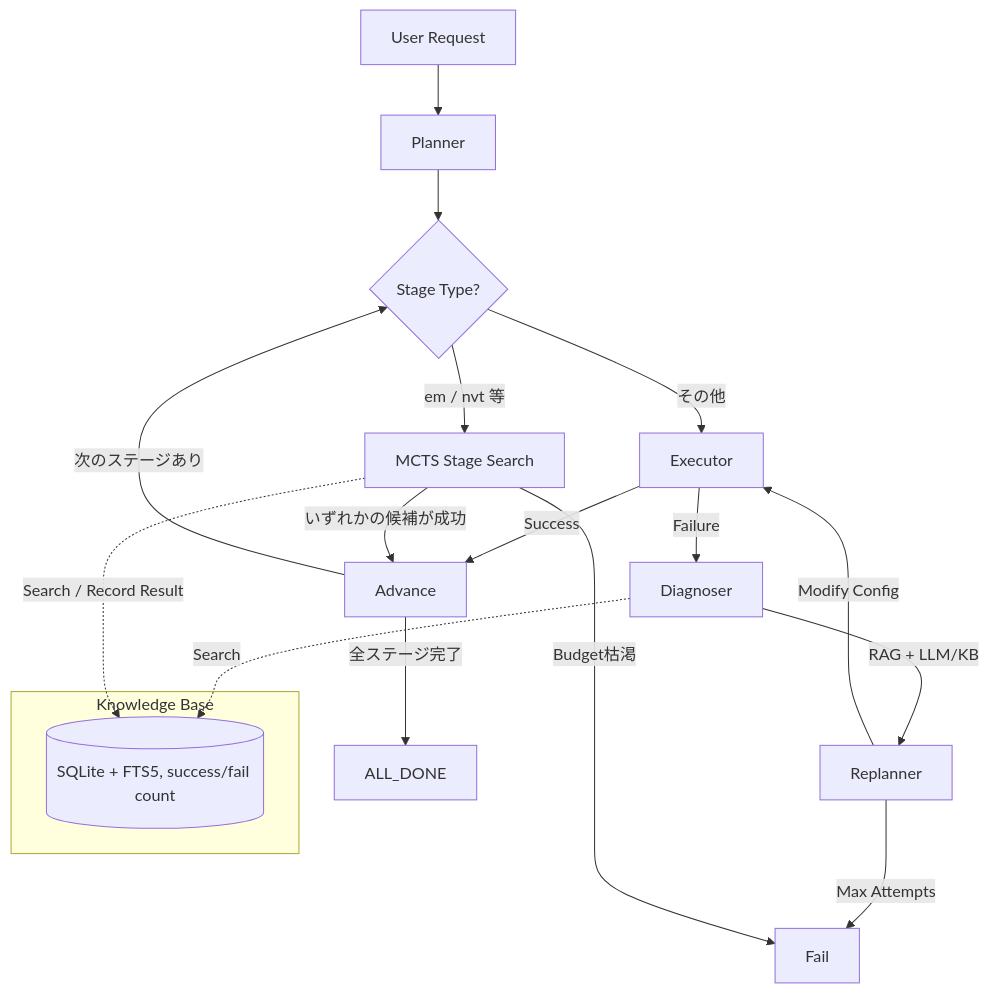
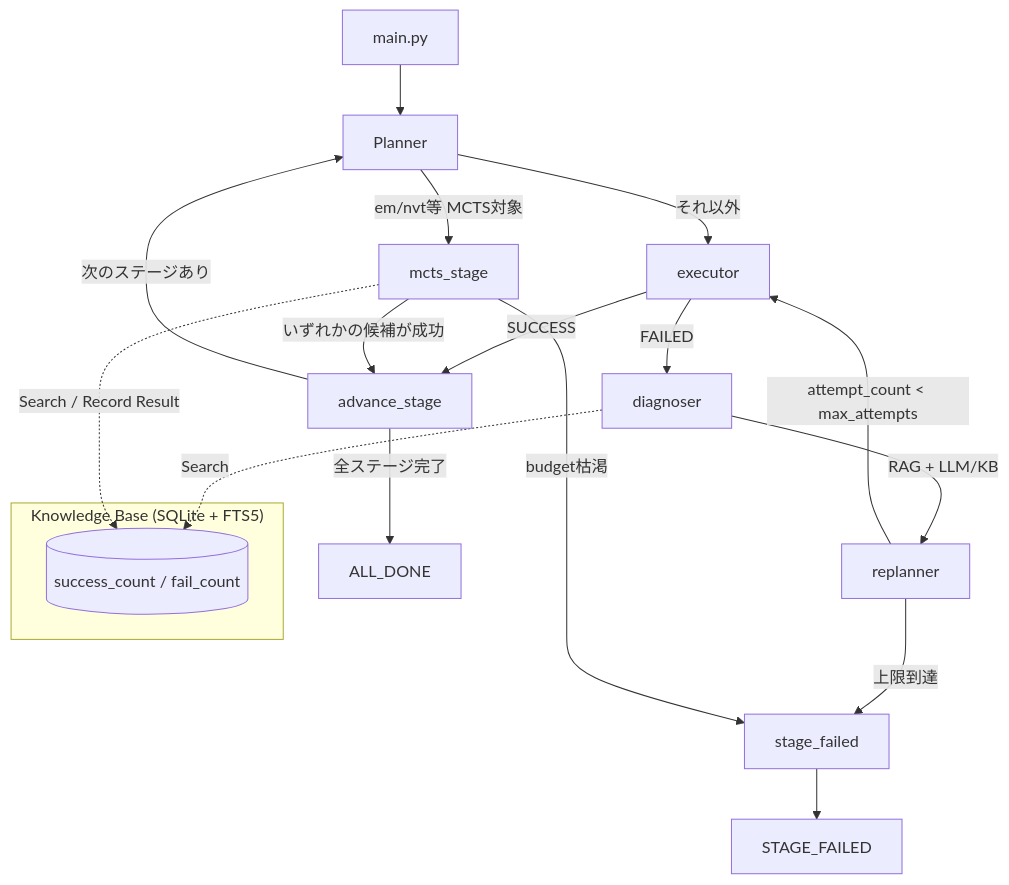
One commit to nakamura26002002921-a11y/gromacs-master changed the diagram in README.md. Above: the diagram before and after it, drawn with Mermaid. The commit also changed other lines of this file, not shown here.

````diff
--- a/README.md
+++ b/README.md
@@ -67,22 +69,25 @@
 ```mermaid
 graph TD
-    User[User Request] --> Planner
-    Planner --> Router{Stage Type?}
-    Router -->|em / nvt 等| MCTS[MCTS Stage Search]
-    Router -->|その他| Executor
-    Executor -->|Success| Advance
-    Executor -->|Failure| Diagnoser
-    Diagnoser -->|RAG + LLM/KB| Replanner
-    Replanner -->|Modify Config| Executor
-    Replanner -->|Max Attempts| StageFailed[Fail]
+    User[main.py] --> Planner
+    Planner -->|em/nvt等 MCTS対象| MCTS[mcts_stage]
+    Planner -->|それ以外| Executor[executor]
+
+    Executor -->|SUCCESS| Advance[advance_stage]
+    Executor -->|FAILED| Diagnoser[diagnoser]
+    Diagnoser -->|RAG + LLM/KB| Replanner[replanner]
+    Replanner -->|attempt_count < max_attempts| Executor
+    Replanner -->|上限到達| StageFailed[stage_failed]
+
     MCTS -->|いずれかの候補が成功| Advance
-    MCTS -->|Budget枯渇| StageFailed
-    Advance -->|次のステージあり| Router
+    MCTS -->|budget枯渇| StageFailed
+
+    Advance -->|次のステージあり| Planner
     Advance -->|全ステージ完了| Done[ALL_DONE]
+    StageFailed --> End[STAGE_FAILED]
 
-    subgraph "Knowledge Base"
-        DB[(SQLite + FTS5, success/fail count)]
+    subgraph "Knowledge Base (SQLite + FTS5)"
+        DB[(success_count / fail_count)]
     end
     Diagnoser -.->|Search| DB
     MCTS -.->|Search / Record Result| DB
 ```
````
